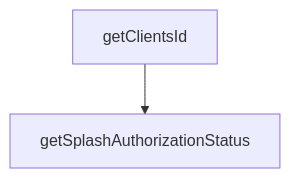
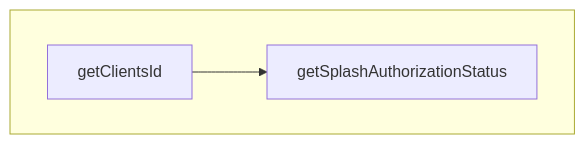
One commit to xaviervalette/meraki_splash_page_authorization_status changed the diagram in README.md. Above: the diagram before and after it, drawn with Mermaid. The commit also changed other lines of this file, not shown here.

````diff
--- a/README.md
+++ b/README.md
@@ -13,4 +15,8 @@
 ```mermaid
-graph TD;
+flowchart TD
+
+subgraph Z[" "]
+direction LR
     getClientsId-->getSplashAuthorizationStatus;
+end
 ```
````
